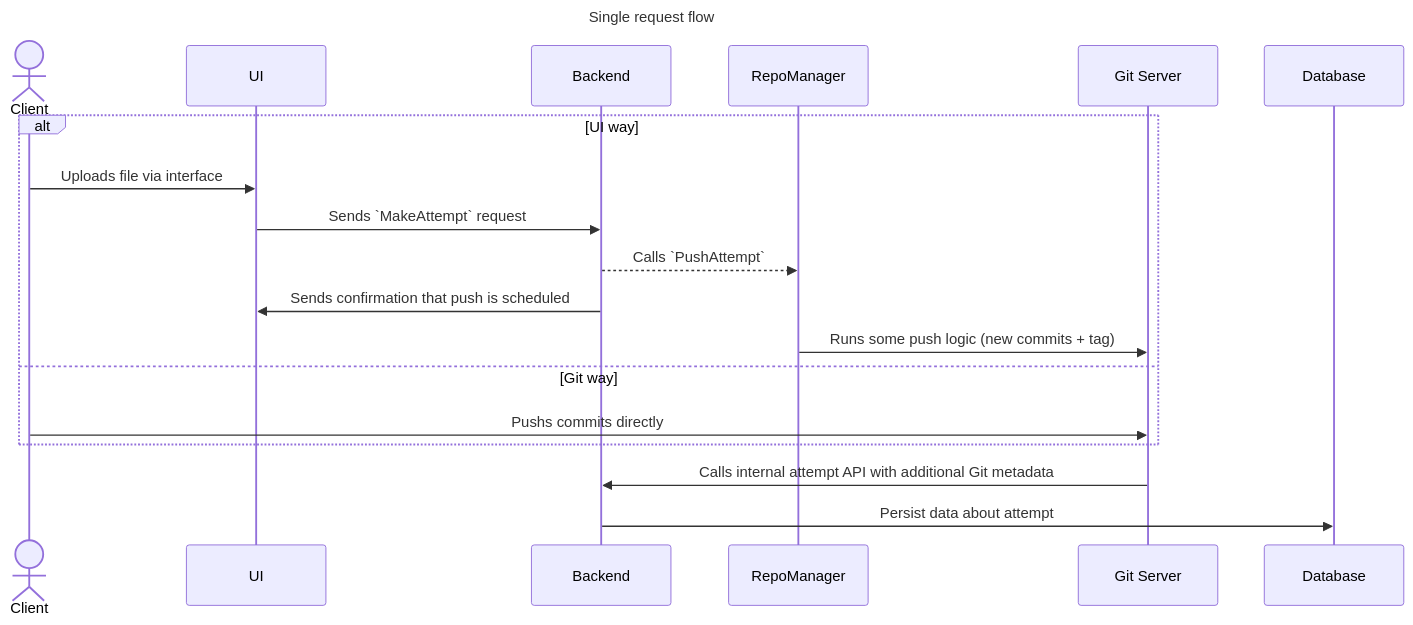
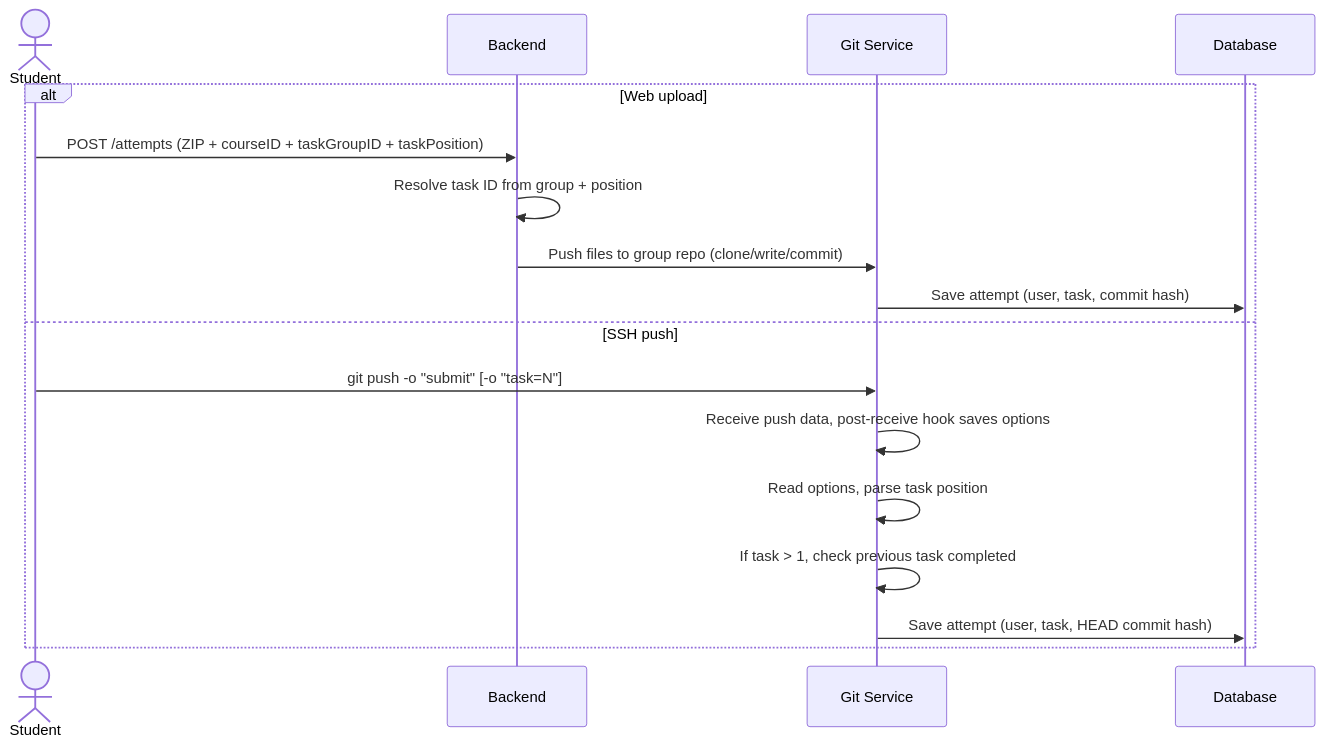
One commit to dsc-sgu/mm-backend changed the diagram in internal/attempts/README.md. Above: the diagram before and after it, drawn with Mermaid. The commit also changed other lines of this file and 1 other file, not shown here.

Commit message:
feat: update READMEs

````diff
--- a/internal/attempts/README.md
+++ b/internal/attempts/README.md
@@ -16,21 +25,20 @@
 ```mermaid
 sequenceDiagram
-    title Single request flow
-    actor Client
-    participant UI
+    actor Student
     participant Backend
-    participant RepoManager
-    participant Git Server
-    participant Database
-    alt UI way
-    Client ->> UI: Uploads file via interface
-    UI->>Backend: Sends `MakeAttempt` request
-    Backend -->> RepoManager: Calls `PushAttempt`
-    Backend ->> UI: Sends confirmation that push is scheduled
-    RepoManager ->> Git Server: Runs some push  logic (new commits + tag)
-    else Git way
-    Client ->> Git Server: Pushs commits directly
+    participant Git as Git Service
+    participant DB as Database
+
+    alt Web upload
+        Student->>Backend: POST /attempts (ZIP + courseID + taskGroupID + taskPosition)
+        Backend->>Backend: Resolve task ID from group + position
+        Backend->>Git: Push files to group repo (clone/write/commit)
+        Git->>DB: Save attempt (user, task, commit hash)
+    else SSH push
+        Student->>Git: git push -o "submit" [-o "task=N"]
+        Git->>Git: Receive push data, post-receive hook saves options
+        Git->>Git: Read options, parse task position
+        Git->>Git: If task > 1, check previous task completed
+        Git->>DB: Save attempt (user, task, HEAD commit hash)
     end
-    Git Server ->> Backend: Calls internal attempt API with additional Git metadata
-    Backend ->> Database: Persist data about attempt
 ```
````
